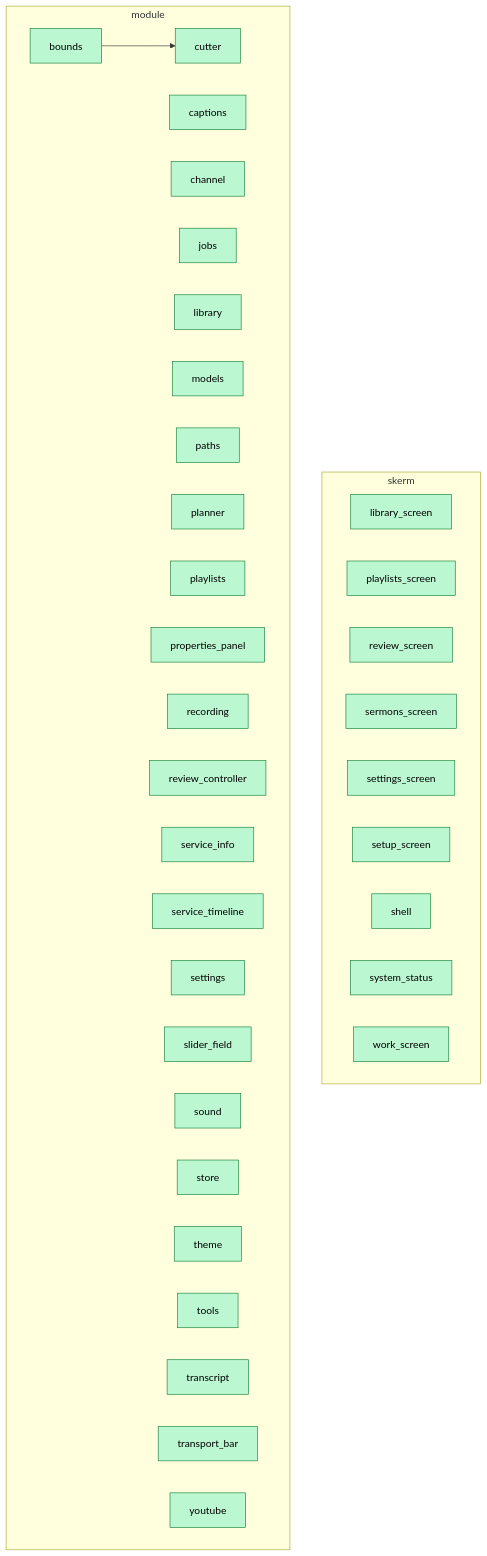
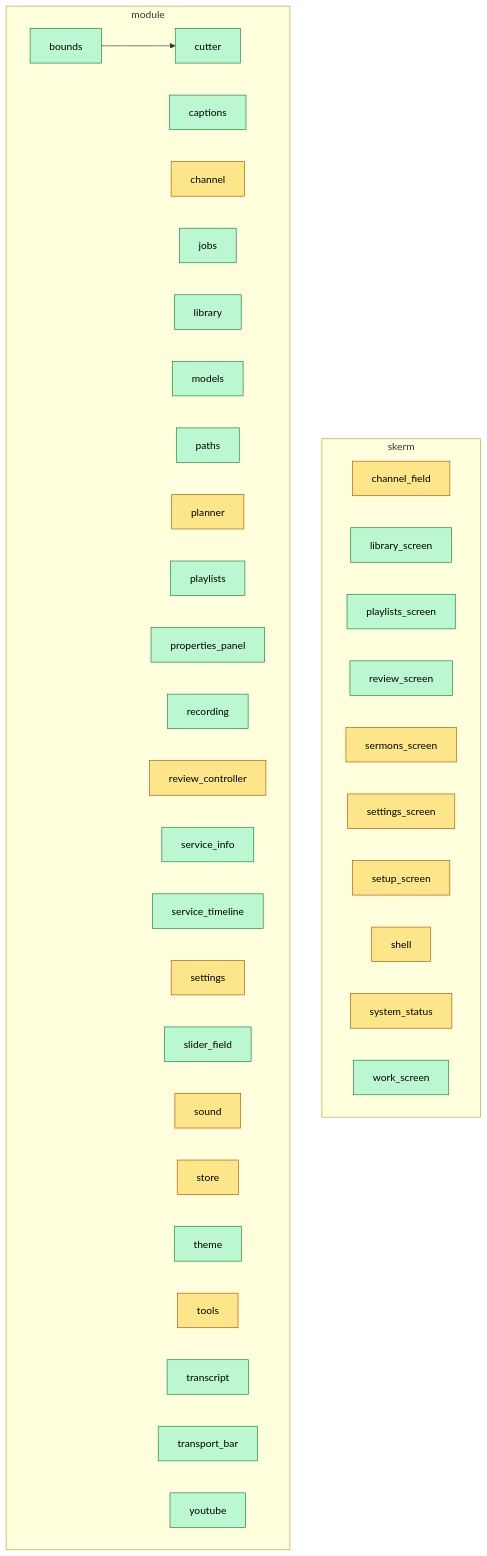
Before and after one commit to Schalk-Christiaan/ytsermon-prosessor: the diagram in docs/kaart.md, drawn with Mermaid. The commit also changed other lines of this file and 2 other files, not shown here.

Commit message:
plan: tikfout

````diff
--- a/docs/kaart.md
+++ b/docs/kaart.md
@@ -189,44 +189,45 @@
 ```mermaid
 flowchart TB
   subgraph g0["skerm"]
-    n6["library_screen"]:::klaar
-    n11["playlists_screen"]:::klaar
-    n15["review_screen"]:::klaar
-    n16["sermons_screen"]:::klaar
-    n20["settings_screen"]:::klaar
-    n21["setup_screen"]:::klaar
-    n22["shell"]:::klaar
-    n26["system_status"]:::klaar
-    n31["work_screen"]:::klaar
+    n3["channel_field"]:::bou
+    n7["library_screen"]:::klaar
+    n12["playlists_screen"]:::klaar
+    n16["review_screen"]:::klaar
+    n17["sermons_screen"]:::bou
+    n21["settings_screen"]:::bou
+    n22["setup_screen"]:::bou
+    n23["shell"]:::bou
+    n27["system_status"]:::bou
+    n32["work_screen"]:::klaar
   end
   subgraph g1["module"]
     n0["bounds"]:::klaar
     n1["captions"]:::klaar
-    n2["channel"]:::klaar
-    n3["cutter"]:::klaar
-    n4["jobs"]:::klaar
-    n5["library"]:::klaar
-    n7["models"]:::klaar
-    n8["paths"]:::klaar
-    n9["planner"]:::klaar
-    n10["playlists"]:::klaar
-    n12["properties_panel"]:::klaar
-    n13["recording"]:::klaar
-    n14["review_controller"]:::klaar
-    n17["service_info"]:::klaar
-    n18["service_timeline"]:::klaar
-    n19["settings"]:::klaar
-    n23["slider_field"]:::klaar
-    n24["sound"]:::klaar
-    n25["store"]:::klaar
-    n27["theme"]:::klaar
-    n28["tools"]:::klaar
-    n29["transcript"]:::klaar
-    n30["transport_bar"]:::klaar
-    n32["youtube"]:::klaar
+    n2["channel"]:::bou
+    n4["cutter"]:::klaar
+    n5["jobs"]:::klaar
+    n6["library"]:::klaar
+    n8["models"]:::klaar
+    n9["paths"]:::klaar
+    n10["planner"]:::bou
+    n11["playlists"]:::klaar
+    n13["properties_panel"]:::klaar
+    n14["recording"]:::klaar
+    n15["review_controller"]:::bou
+    n18["service_info"]:::klaar
+    n19["service_timeline"]:::klaar
+    n20["settings"]:::bou
+    n24["slider_field"]:::klaar
+    n25["sound"]:::bou
+    n26["store"]:::bou
+    n28["theme"]:::klaar
+    n29["tools"]:::bou
+    n30["transcript"]:::klaar
+    n31["transport_bar"]:::klaar
+    n33["youtube"]:::klaar
   end
-  n0 --> n3
+  n0 --> n4
   classDef bou fill:#fde68a,stroke:#b45309,color:#000
   classDef klaar fill:#bbf7d0,stroke:#15803d,color:#000
   classDef stukkend fill:#fecaca,stroke:#b91c1c,color:#000
 ```
````
